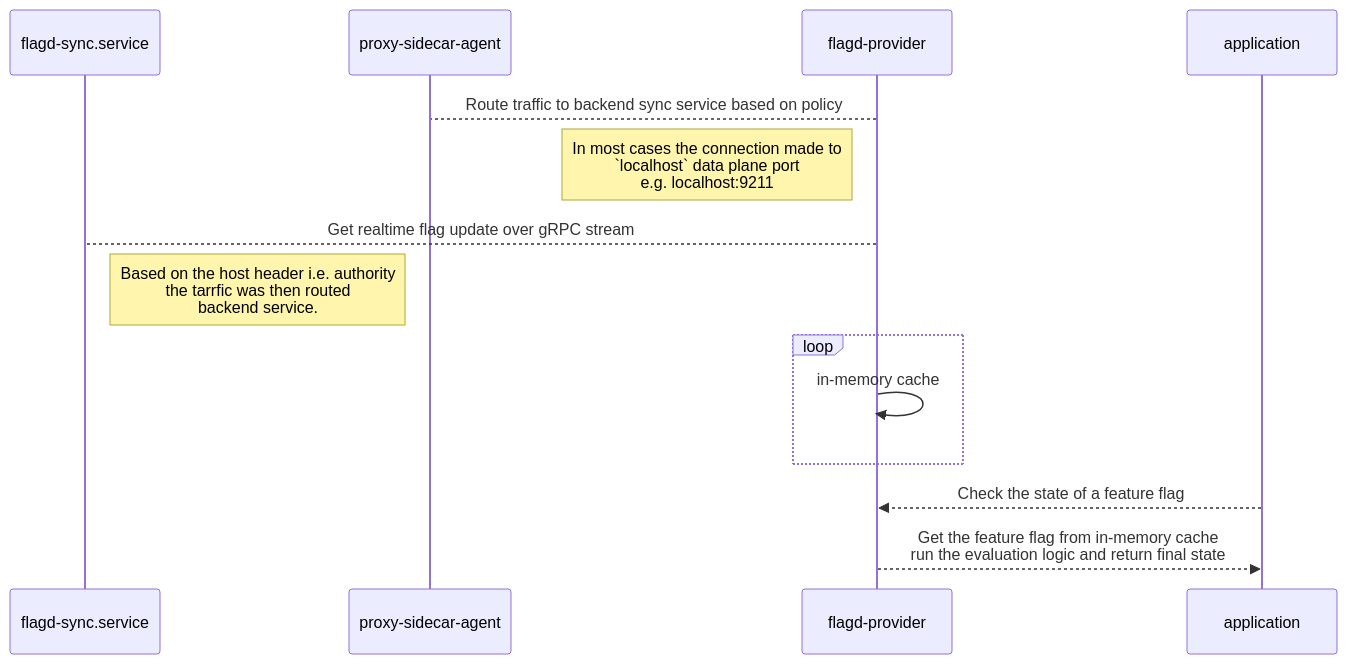
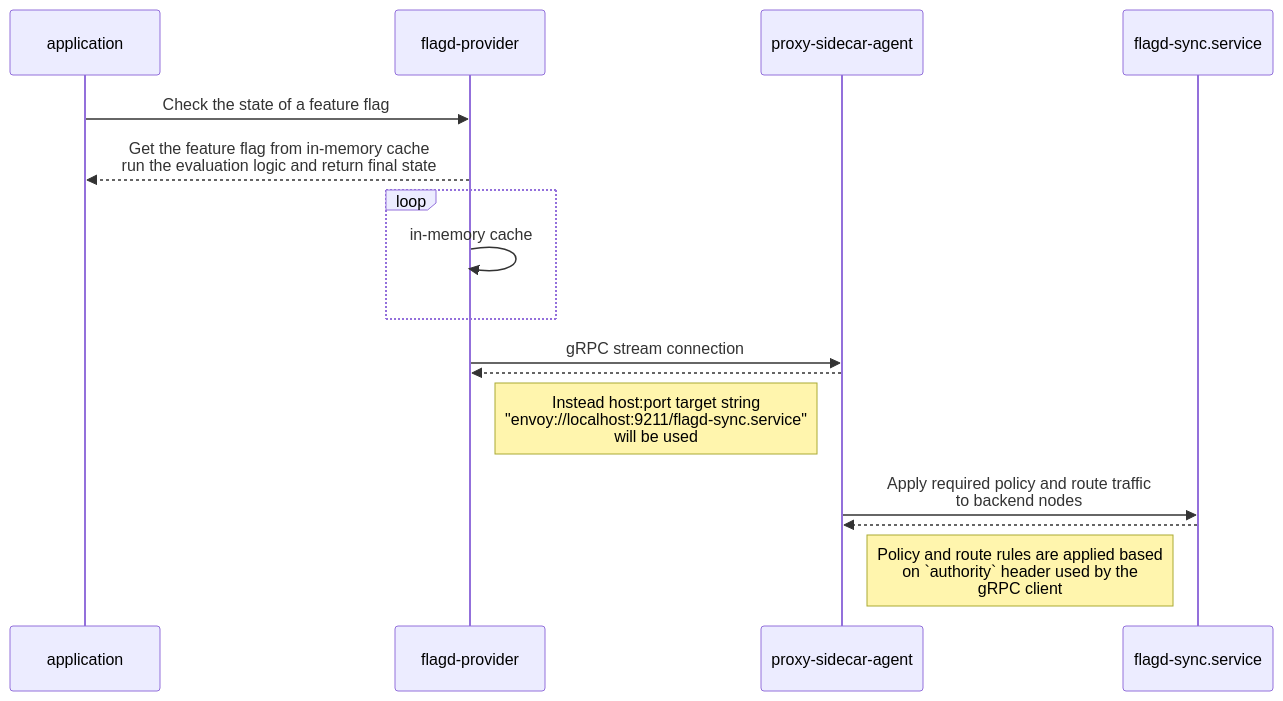
One commit to open-feature/flagd changed the diagram in docs/reference/specifications/proposal/rfc-grpc-custom-name-resolver.md. Above: the diagram before and after it, drawn with Mermaid. The commit also changed other lines of this file, not shown here.

````diff
--- a/docs/reference/specifications/proposal/rfc-grpc-custom-name-resolver.md
+++ b/docs/reference/specifications/proposal/rfc-grpc-custom-name-resolver.md
@@ -29,19 +54,19 @@
 ```mermaid
 sequenceDiagram
+    participant application
+    participant flagd-provider
+    participant proxy-sidecar-agent
     participant flagd-sync.service
-    participant proxy-sidecar-agent
-    participant flagd-provider
-    participant application
 
-
-    flagd-provider-->proxy-sidecar-agent: Route traffic to backend sync service based on policy
-    Note left of flagd-provider: In most cases the connection made to <br> `localhost` data plane port <br> e.g. localhost:9211
-
-    flagd-provider-->flagd-sync.service: Get realtime flag update over gRPC stream
-    Note left of proxy-sidecar-agent: Based on the host header i.e. authority <br> the tarrfic was then routed <br> backend service.
+    application->>flagd-provider: Check the state of a feature flag
+    flagd-provider-->>application: Get the feature flag from in-memory cache <br/> run the evaluation logic and return final state
     loop
-        flagd-provider->>flagd-provider: in-memory cache
+    flagd-provider->>flagd-provider: in-memory cache
     end
-    application-->>flagd-provider: Check the state of a feature flag
-    flagd-provider-->>application: Get the feature flag from in-memory cache <br/> run the evaluation logic and return final state
+    flagd-provider->>proxy-sidecar-agent: gRPC stream connection
+    proxy-sidecar-agent-->>flagd-provider: 
+    Note right of flagd-provider: Instead host:port target string <br> "envoy://localhost:9211/flagd-sync.service" <br> will be used
+    proxy-sidecar-agent->>flagd-sync.service: Apply required policy and route traffic <br> to backend nodes
+    flagd-sync.service-->>proxy-sidecar-agent: 
+    Note right of proxy-sidecar-agent: Policy and route rules are applied based <br> on `authority` header used by the <br> gRPC client
 ```
````
